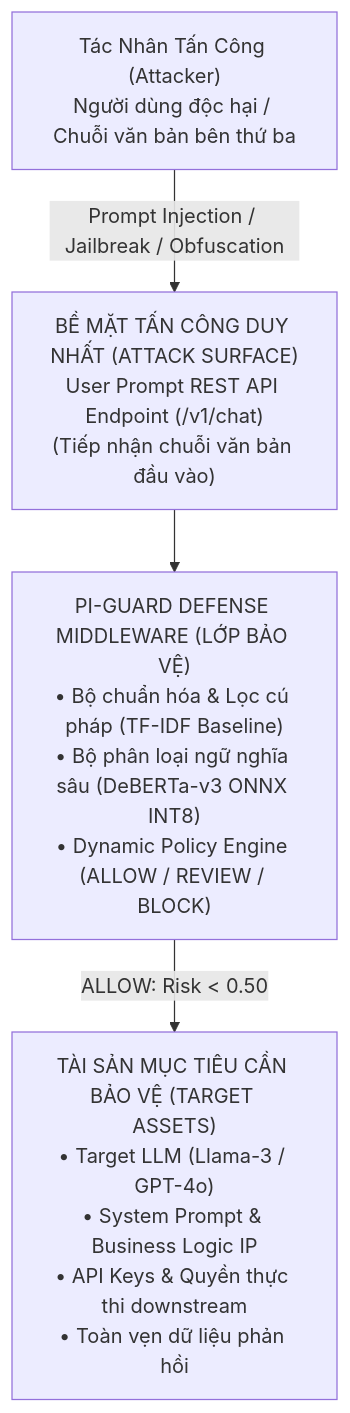
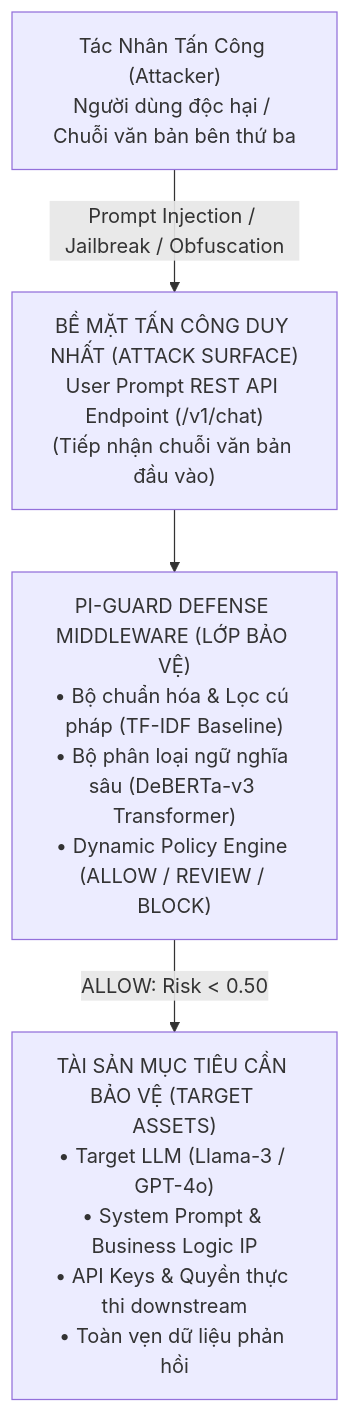
The third of 5 diagrams in Final-Report/thesis/Review1_Problem_Definition_and_Threat_Model.md (nvtruongops/pi-guard), drawn with Mermaid before and after one commit. The commit also changed other lines of this file and 184 other files, not shown here.

````diff
--- a/Final-Report/thesis/Review1_Problem_Definition_and_Threat_Model.md
+++ b/Final-Report/thesis/Review1_Problem_Definition_and_Threat_Model.md
@@ -223,8 +221,8 @@
 ```mermaid
 flowchart TD
     Attacker["Tác Nhân Tấn Công (Attacker)<br/>Người dùng độc hại / Chuỗi văn bản bên thứ ba"] -->|Prompt Injection / Jailbreak / Obfuscation| Surface["BỀ MẶT TẤN CÔNG DUY NHẤT (ATTACK SURFACE)<br/>User Prompt REST API Endpoint (/v1/chat)<br/>(Tiếp nhận chuỗi văn bản đầu vào)"]
     
-    Surface --> Middleware["PI-GUARD DEFENSE MIDDLEWARE (LỚP BẢO VỆ)<br/>• Bộ chuẩn hóa & Lọc cú pháp (TF-IDF Baseline)<br/>• Bộ phân loại ngữ nghĩa sâu (DeBERTa-v3 ONNX INT8)<br/>• Dynamic Policy Engine (ALLOW / REVIEW / BLOCK)"]
+    Surface --> Middleware["PI-GUARD DEFENSE MIDDLEWARE (LỚP BẢO VỆ)<br/>• Bộ chuẩn hóa & Lọc cú pháp (TF-IDF Baseline)<br/>• Bộ phân loại ngữ nghĩa sâu (DeBERTa-v3 Transformer)<br/>• Dynamic Policy Engine (ALLOW / REVIEW / BLOCK)"]
     
     Middleware -->|ALLOW: Risk < 0.50| Assets["TÀI SẢN MỤC TIÊU CẦN BẢO VỆ (TARGET ASSETS)<br/>• Target LLM (Llama-3 / GPT-4o)<br/>• System Prompt & Business Logic IP<br/>• API Keys & Quyền thực thi downstream<br/>• Toàn vẹn dữ liệu phản hồi"]
 ```
````
